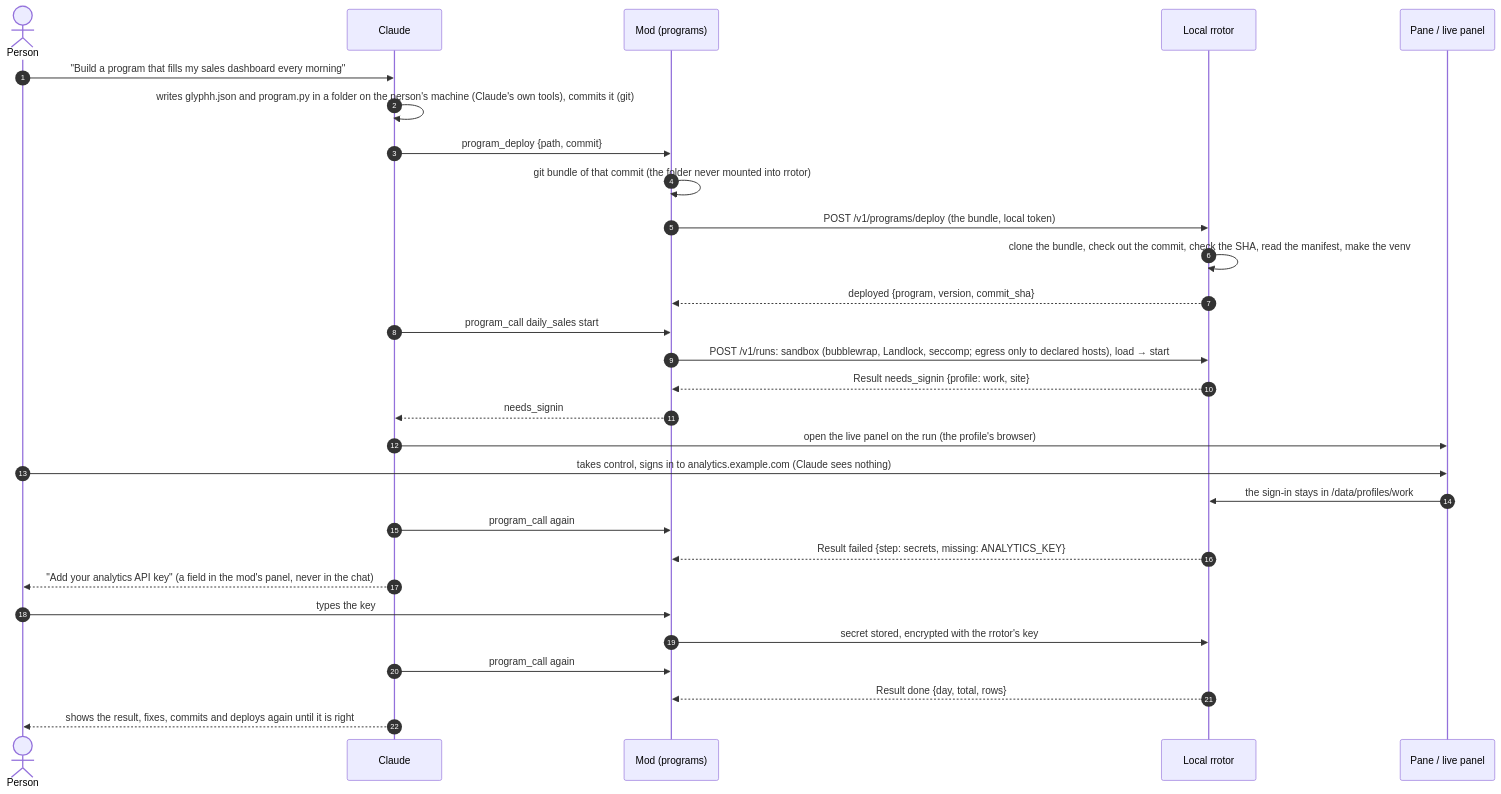
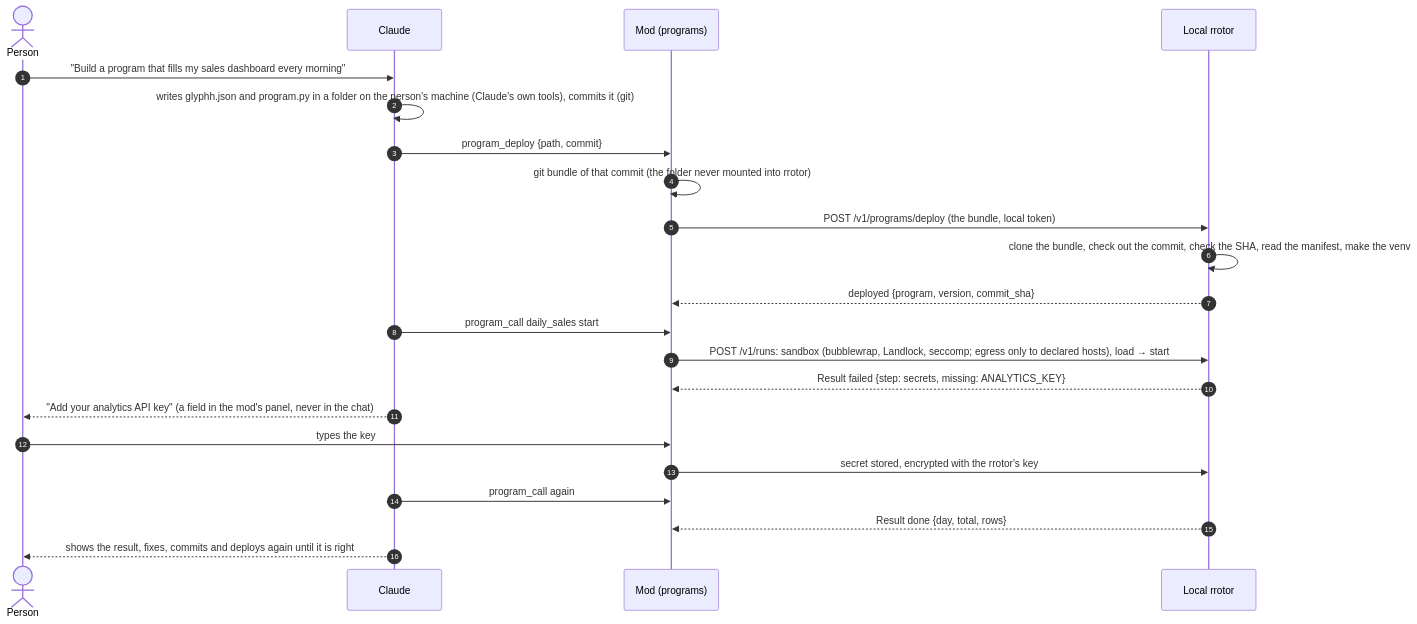
One commit to glyphh-ai/rrotor changed the fifth of 13 diagrams in docs/architecture.md. Above: the diagram before and after it, drawn with Mermaid. The commit also changed other lines of this file and 37 other files, not shown here.

````diff
--- a/docs/architecture.md
+++ b/docs/architecture.md
@@ -213,31 +204,24 @@
 ```mermaid
 sequenceDiagram
     autonumber
     actor P as Person
     participant C as Claude
     participant M as Mod (programs)
     participant R as Local rrotor
-    participant B as Pane / live panel
     P->>C: "Build a program that fills my sales dashboard every morning"
     C->>C: writes glyphh.json and program.py in a folder on the person's machine (Claude's own tools), commits it (git)
     C->>M: program_deploy {path, commit}
     M->>M: git bundle of that commit (the folder never mounted into rrotor)
     M->>R: POST /v1/programs/deploy (the bundle, local token)
     R->>R: clone the bundle, check out the commit, check the SHA, read the manifest, make the venv
     R-->>M: deployed {program, version, commit_sha}
     C->>M: program_call daily_sales start
     M->>R: POST /v1/runs: sandbox (bubblewrap, Landlock, seccomp#59; egress only to declared hosts), load → start
-    R-->>M: Result needs_signin {profile: work, site}
-    M-->>C: needs_signin
-    C->>B: open the live panel on the run (the profile's browser)
-    P->>B: takes control, signs in to analytics.example.com (Claude sees nothing)
-    B->>R: the sign-in stays in /data/profiles/work
-    C->>M: program_call again
     R-->>M: Result failed {step: secrets, missing: ANALYTICS_KEY}
     C-->>P: "Add your analytics API key" (a field in the mod's panel, never in the chat)
     P->>M: types the key
     M->>R: secret stored, encrypted with the rrotor's key
     C->>M: program_call again
     R-->>M: Result done {day, total, rows}
     C-->>P: shows the result, fixes, commits and deploys again until it is right
 ```
````
